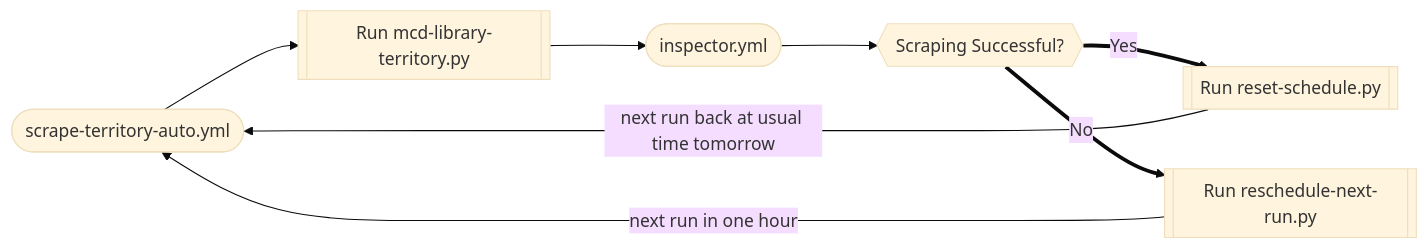
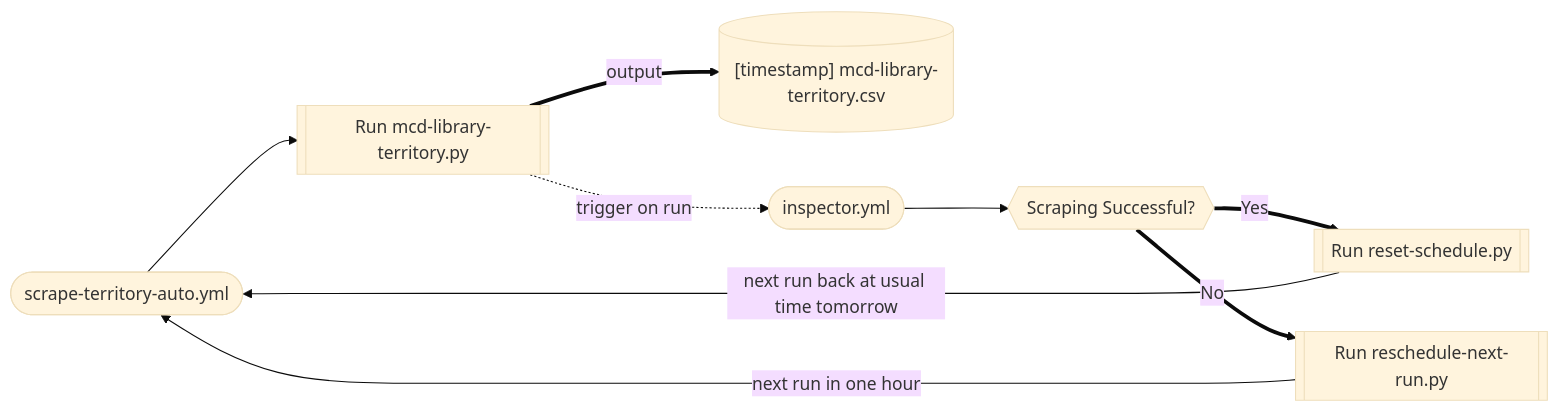
One commit to schmwong/APAC-McDelivery-Menu-Logger changed the first of 2 diagrams in README.md. Above: the diagram before and after it, drawn with Mermaid (base theme). The commit also changed other lines of this file, not shown here.

Commit message:
updated `mermaid-js` flowcharts

````diff
--- a/README.md
+++ b/README.md
@@ -251,8 +251,10 @@
 ```mermaid
 flowchart LR
-    A([scrape-territory-auto.yml])-->B[[Run mcd-library-territory.py]]-->C([inspector.yml])
+    A([scrape-territory-auto.yml])-->B[[Run mcd-library-territory.py]]
+    B ==>|output|G[("[timestamp] mcd-library-territory.csv")]
+    B -.->|trigger on run|C([inspector.yml])
     C -->D{{Scraping Successful?}} ==>|Yes| E[[Run reset-schedule.py]] 
     D ==>|No| F[[Run reschedule-next-run.py]]
     E -->|next run back at usual time tomorrow| A
     F -->|next run in one hour| A
 ```
````
